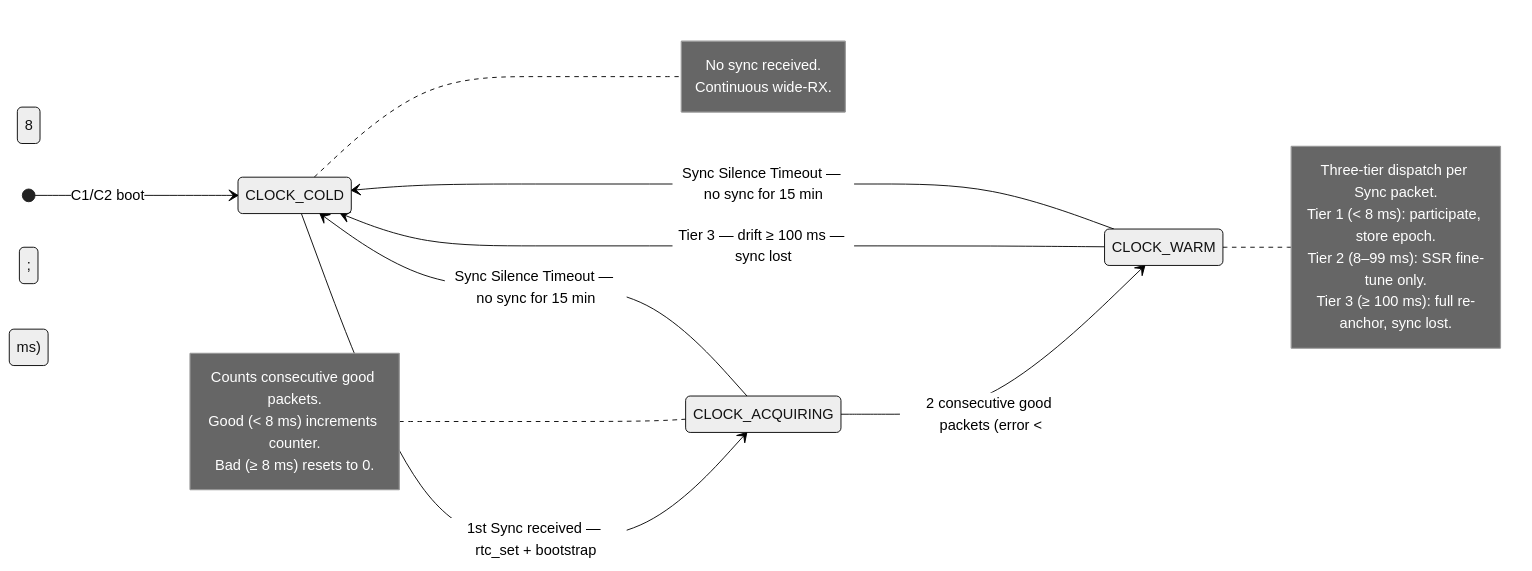
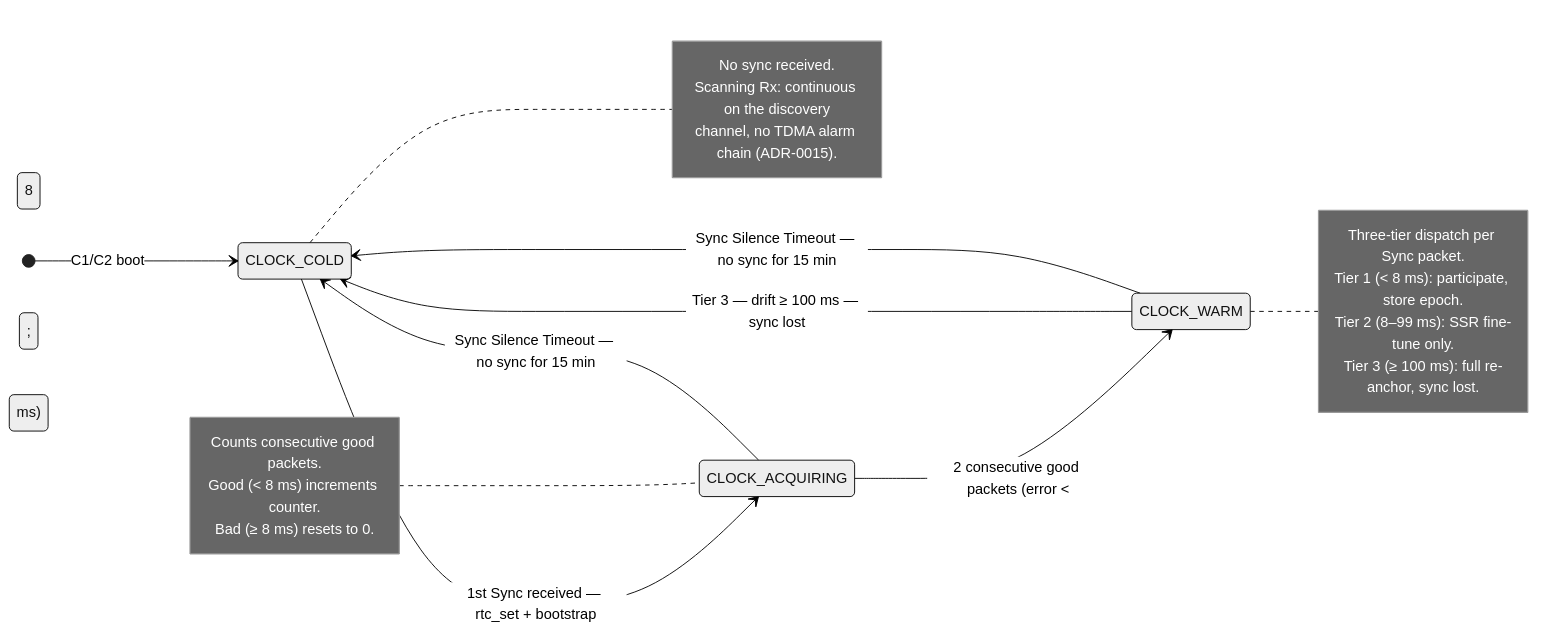
One commit to ArcLoRaM/firmware changed the first of 3 diagrams in docs/diagrams/02-mac-clock-state-machine.md. Above: the diagram before and after it, drawn with Mermaid (neutral theme). The commit also changed other lines of this file and 166 other files, not shown here.

````diff
--- a/docs/diagrams/02-mac-clock-state-machine.md
+++ b/docs/diagrams/02-mac-clock-state-machine.md
@@ -9,32 +9,33 @@
 ```mermaid
 stateDiagram-v2
     direction LR
 
     [*] --> CLOCK_COLD : C1/C2 boot
 
     CLOCK_COLD --> CLOCK_ACQUIRING : 1st Sync received — rtc_set + bootstrap
 
     CLOCK_ACQUIRING --> CLOCK_WARM : 2 consecutive good packets (error &lt; 8 ms)
 
     CLOCK_WARM --> CLOCK_COLD : Tier 3 — drift ≥ 100 ms — sync lost
     CLOCK_WARM --> CLOCK_COLD : Sync Silence Timeout — no sync for 15 min
     CLOCK_ACQUIRING --> CLOCK_COLD : Sync Silence Timeout — no sync for 15 min
 
     note right of CLOCK_COLD
         No sync received.
-        Continuous wide-RX.
+        Scanning Rx: continuous on the discovery
+        channel, no TDMA alarm chain (ADR-0015).
     end note
 
     note left of CLOCK_ACQUIRING
         Counts consecutive good packets.
         Good (&lt; 8 ms) increments counter.
         Bad (≥ 8 ms) resets to 0.
     end note
 
     note right of CLOCK_WARM
         Three-tier dispatch per Sync packet.
         Tier 1 (&lt; 8 ms): participate, store epoch.
         Tier 2 (8–99 ms): SSR fine-tune only.
         Tier 3 (≥ 100 ms): full re-anchor, sync lost.
     end note
 ```
````
